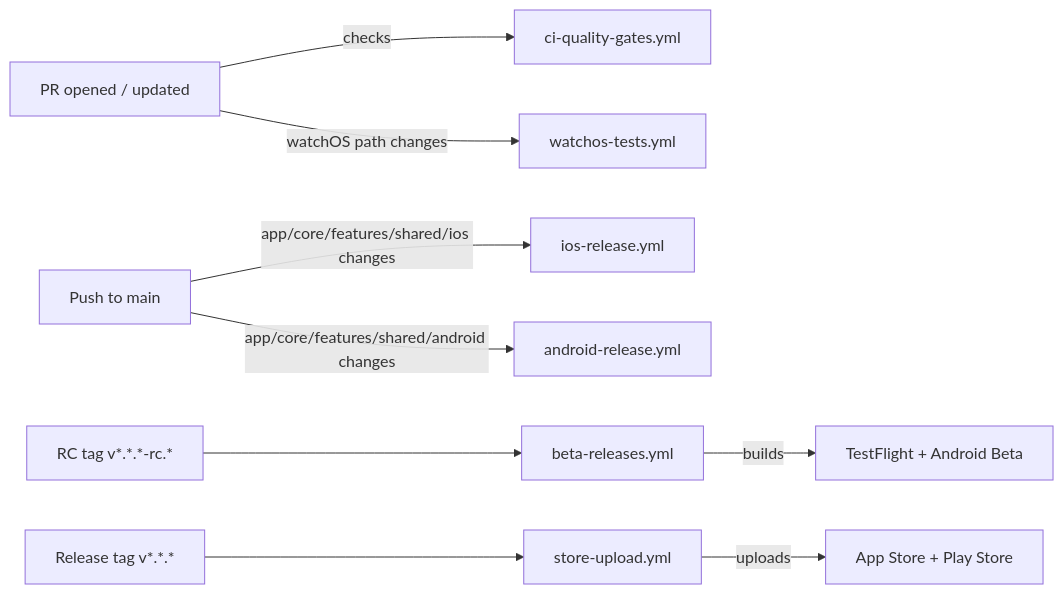
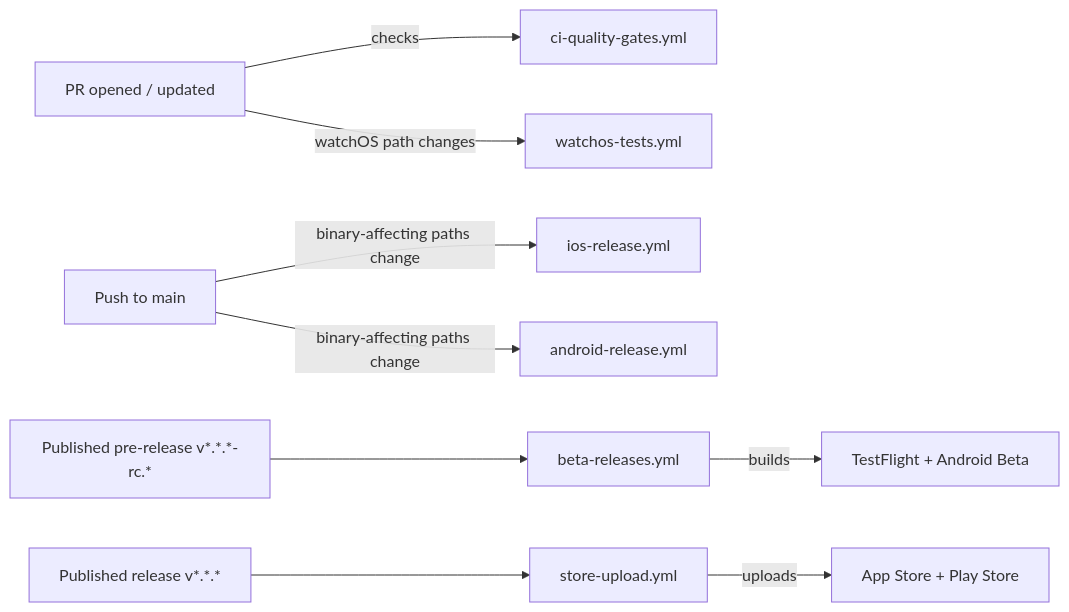
Before and after one commit to ifero/myLoyaltyCards: the diagram in docs/cicd.md, drawn with Mermaid. The commit also changed other lines of this file and 6 other files, not shown here.

First line of the commit message:
chore(ci): scope adhoc builds to binary-affecting paths, trigger releases on publish (#202)

````diff
--- a/docs/cicd.md
+++ b/docs/cicd.md
@@ -29,11 +30,11 @@
 ```mermaid
 flowchart LR
   PR["PR opened / updated"] -->|checks| QG["ci-quality-gates.yml"]
   PR -->|watchOS path changes| WT["watchos-tests.yml"]
-  PUSH["Push to main"] -->|app/core/features/shared/ios changes| IOSA["ios-release.yml"]
-  PUSH -->|app/core/features/shared/android changes| ANDA["android-release.yml"]
-  RCTAG["RC tag v*.*.*-rc.*"] --> BETA["beta-releases.yml"]
-  RELTAG["Release tag v*.*.*"] --> STORE["store-upload.yml"]
+  PUSH["Push to main"] -->|binary-affecting paths change| IOSA["ios-release.yml"]
+  PUSH -->|binary-affecting paths change| ANDA["android-release.yml"]
+  RCREL["Published pre-release v*.*.*-rc.*"] --> BETA["beta-releases.yml"]
+  RELREL["Published release v*.*.*"] --> STORE["store-upload.yml"]
   BETA -->|builds| TF["TestFlight + Android Beta"]
   STORE -->|uploads| STORE2["App Store + Play Store"]
 ```
````
